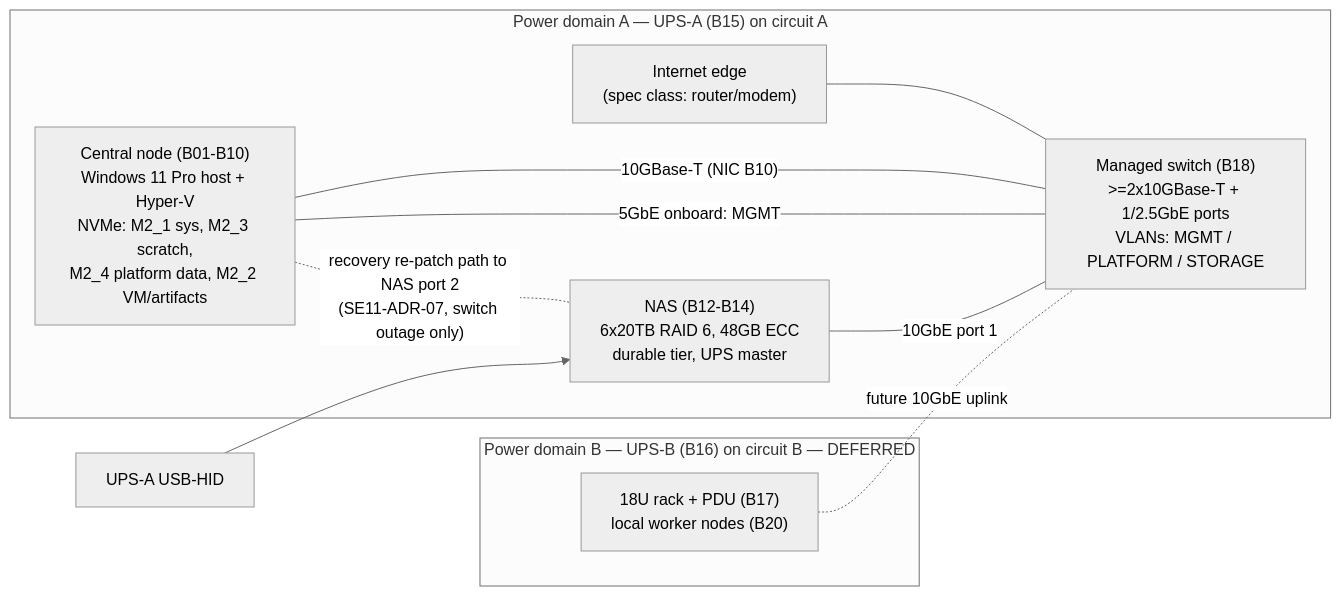
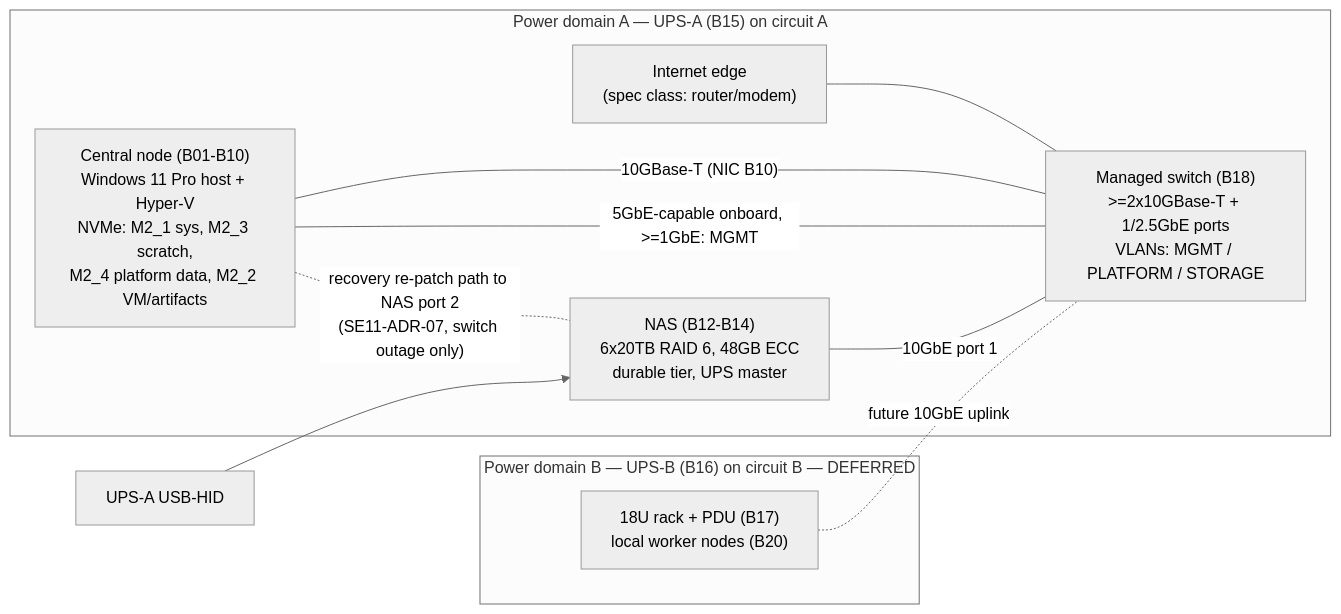
One commit to kwamethegreat/App_Builder_Phase_1_Planning changed the diagram in 50-Engineering-Domains/SE11/Outputs/_smoke/SMK-20261103192618/SE11-PHYSICAL-INFRASTR-HARDWARE.md. Above: the diagram before and after it, drawn with Mermaid (neutral theme). The commit also changed other lines of this file, not shown here.

````diff
--- a/50-Engineering-Domains/SE11/Outputs/_smoke/SMK-20261103192618/SE11-PHYSICAL-INFRASTR-HARDWARE.md
+++ b/50-Engineering-Domains/SE11/Outputs/_smoke/SMK-20261103192618/SE11-PHYSICAL-INFRASTR-HARDWARE.md
@@ -109,19 +118,19 @@
 ```mermaid
 flowchart LR
   subgraph PD-A["Power domain A — UPS-A (B15) on circuit A"]
     EDGE["Internet edge<br/>(spec class: router/modem)"]
     SW["Managed switch (B18)<br/>>=2x10GBase-T + 1/2.5GbE ports<br/>VLANs: MGMT / PLATFORM / STORAGE"]
     PC["Central node (B01-B10)<br/>Windows 11 Pro host + Hyper-V<br/>NVMe: M2_1 sys, M2_3 scratch,<br/>M2_4 platform data, M2_2 VM/artifacts"]
     NAS["NAS (B12-B14)<br/>6x20TB RAID 6, 48GB ECC<br/>durable tier, UPS master"]
   end
   subgraph PD-B["Power domain B — UPS-B (B16) on circuit B — DEFERRED"]
     RACK["18U rack + PDU (B17)<br/>local worker nodes (B20)"]
   end
   EDGE --- SW
   PC -- "10GBase-T (NIC B10)" --- SW
-  PC -- "5GbE onboard: MGMT" --- SW
+  PC -- "5GbE-capable onboard, >=1GbE: MGMT" --- SW
   NAS -- "10GbE port 1" --- SW
   PC -. "recovery re-patch path to NAS port 2<br/>(SE11-ADR-07, switch outage only)" .- NAS
   RACK -. "future 10GbE uplink" .- SW
   UPSA["UPS-A USB-HID"] --> NAS
 ```
````
